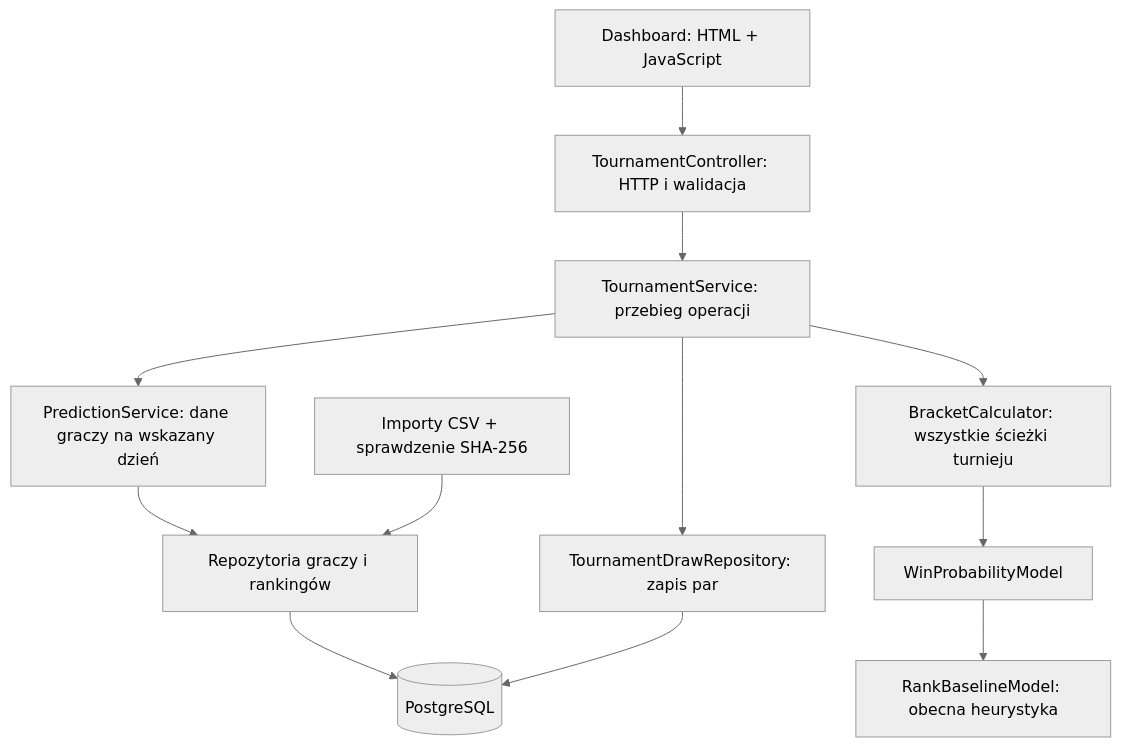
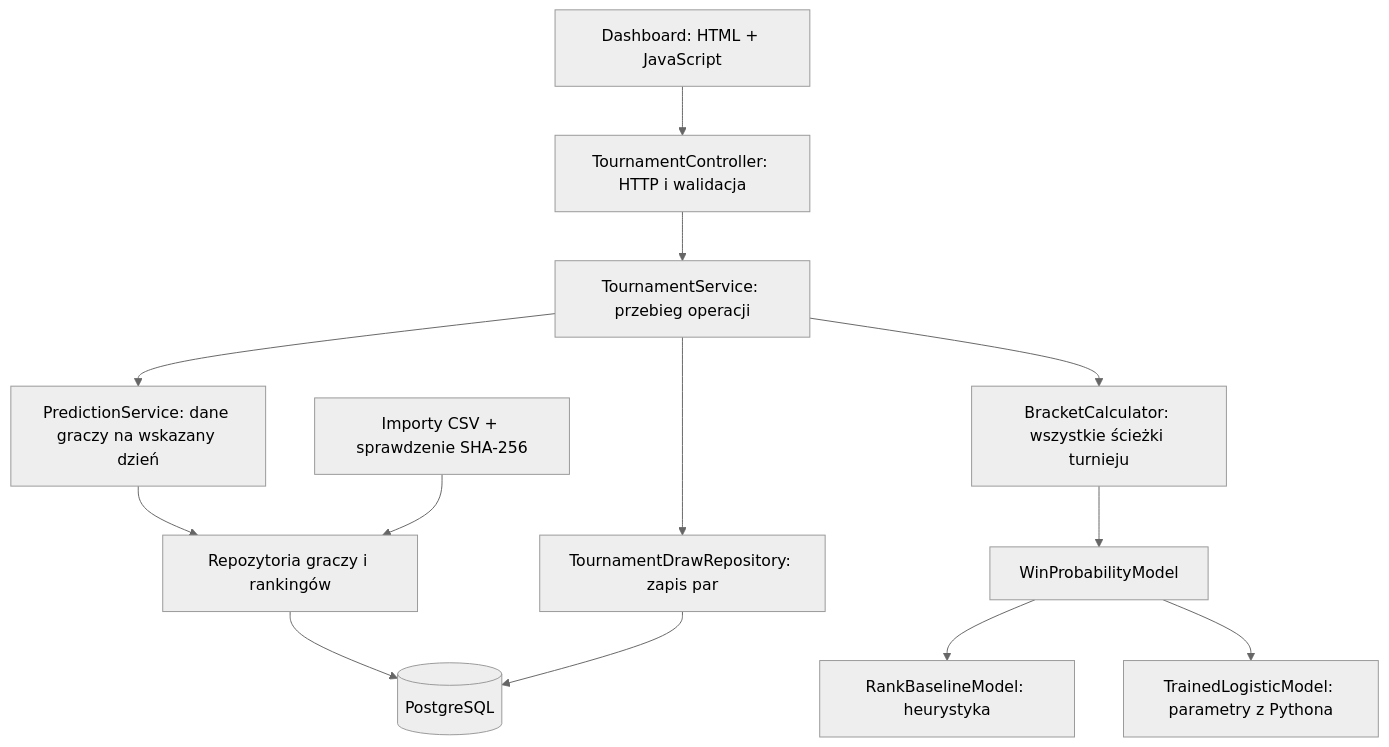
Before and after one commit to igakujawska/PredicTenniz: the diagram in docs/ARCHITECTURE.md, drawn with Mermaid (neutral theme). The commit also changed other lines of this file and 3 other files, not shown here.

````diff
--- a/docs/ARCHITECTURE.md
+++ b/docs/ARCHITECTURE.md
@@ -5,14 +5,15 @@
 ```mermaid
 flowchart TD
     UI[Dashboard: HTML + JavaScript] --> API[TournamentController: HTTP i walidacja]
     API --> TS[TournamentService: przebieg operacji]
     TS --> PS[PredictionService: dane graczy na wskazany dzień]
     PS --> PR[Repozytoria graczy i rankingów]
     PR --> DB[(PostgreSQL)]
     TS --> BC[BracketCalculator: wszystkie ścieżki turnieju]
     BC --> MODEL[WinProbabilityModel]
-    MODEL --> BASE[RankBaselineModel: obecna heurystyka]
+    MODEL --> BASE[RankBaselineModel: heurystyka]
+    MODEL --> ML[TrainedLogisticModel: parametry z Pythona]
     TS --> DR[TournamentDrawRepository: zapis par]
     DR --> DB
     CSV[Importy CSV + sprawdzenie SHA-256] --> PR
 ```
````
